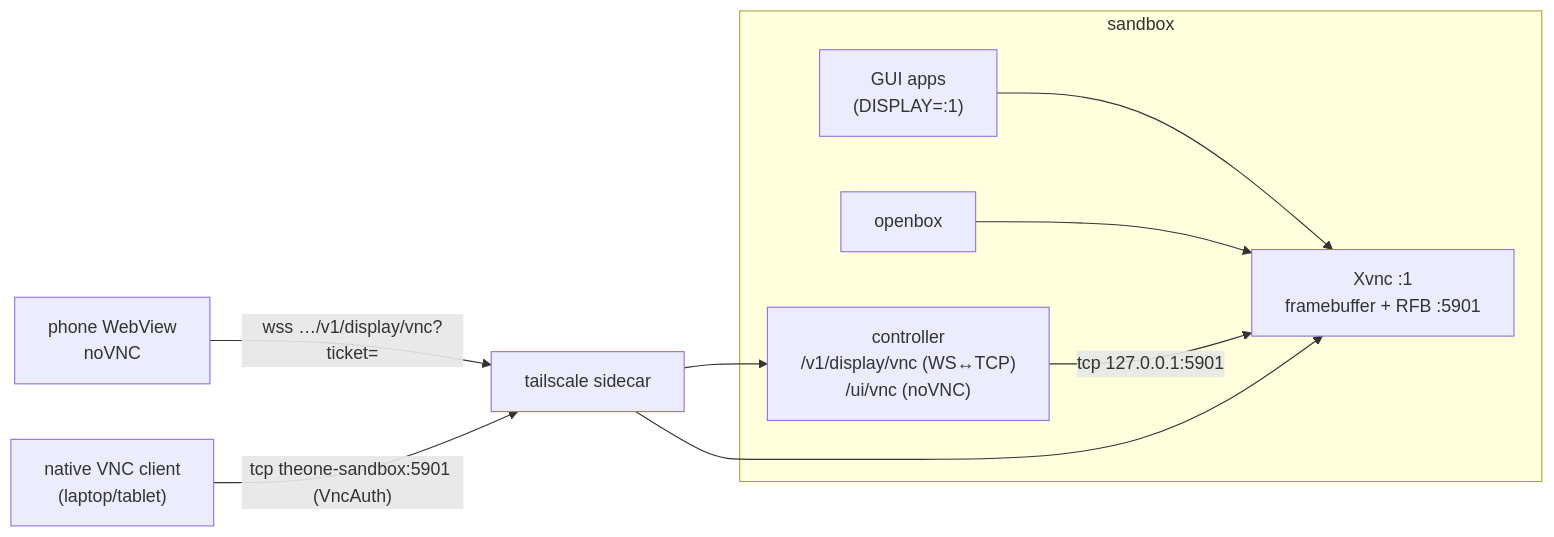
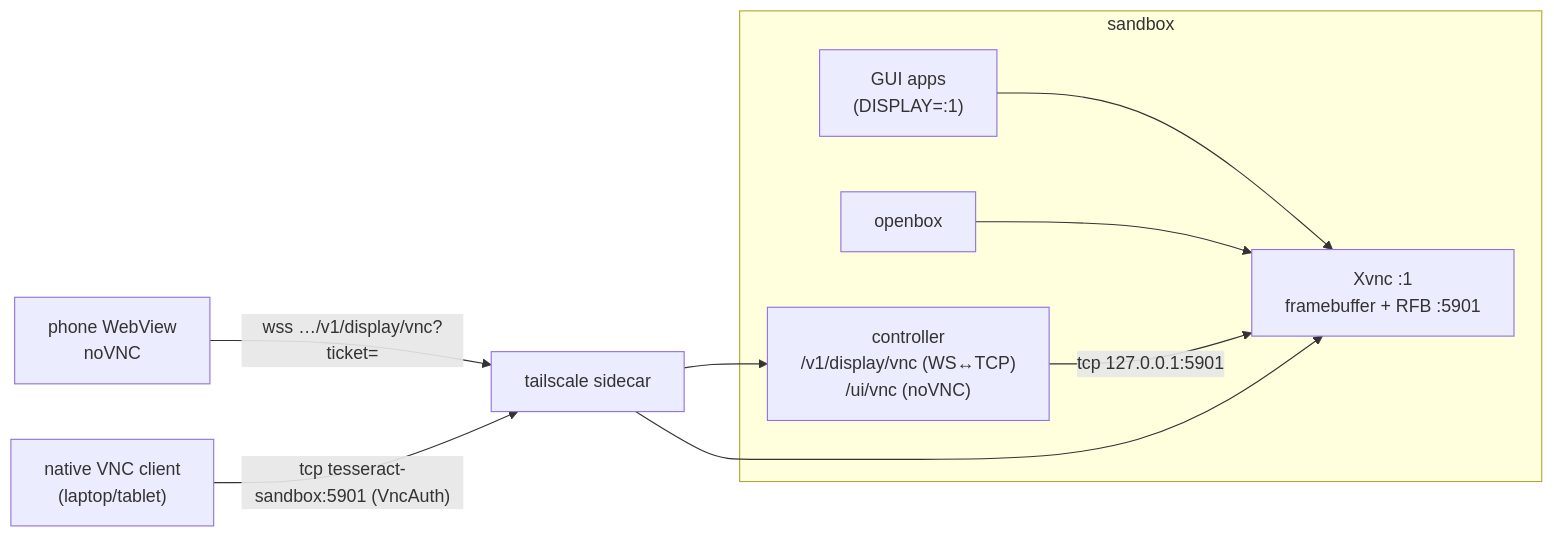
Before and after one commit to kevin-roan/tesseract: the diagram in docs/architecture/display-vnc.md, drawn with Mermaid. The commit also changed other lines of this file and 3196 other files, not shown here.

````diff
--- a/docs/architecture/display-vnc.md
+++ b/docs/architecture/display-vnc.md
@@ -10,17 +10,17 @@
 ```mermaid
 flowchart LR
   subgraph sandbox
     xvnc["Xvnc :1<br/>framebuffer + RFB :5901"]
     ob["openbox"]
     apps["GUI apps<br/>(DISPLAY=:1)"]
     ctl["controller<br/>/v1/display/vnc (WS↔TCP)<br/>/ui/vnc (noVNC)"]
   end
   ts["tailscale sidecar"]
   phone["phone WebView<br/>noVNC"]
   native["native VNC client<br/>(laptop/tablet)"]
   apps --> xvnc
   ob --> xvnc
   ctl -->|"tcp 127.0.0.1:5901"| xvnc
   phone -->|"wss …/v1/display/vnc?ticket="| ts --> ctl
-  native -->|"tcp theone-sandbox:5901 (VncAuth)"| ts --> xvnc
+  native -->|"tcp tesseract-sandbox:5901 (VncAuth)"| ts --> xvnc
 ```
````
